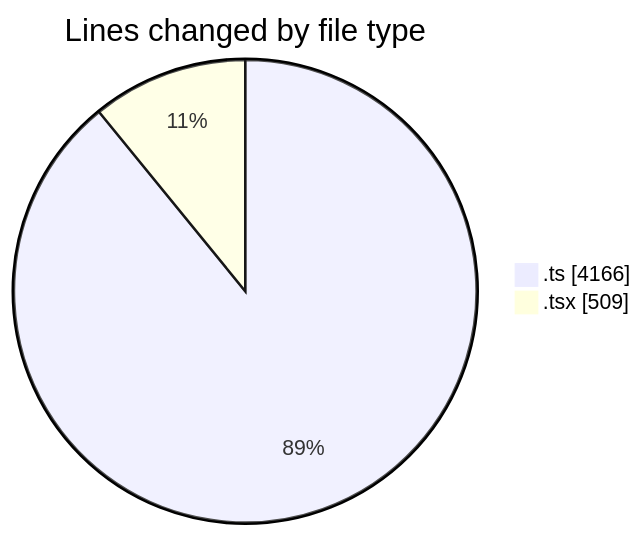
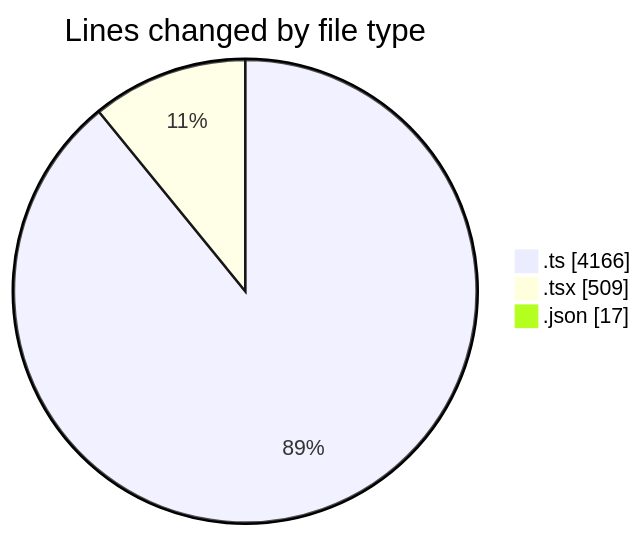
The first of 2 diagrams in 2025-11-28/cda/README.md (momahboobian/code-tracking), drawn with Mermaid before and after one commit. The commit also changed other lines of this file and 1 other file, not shown here.

````diff
--- a/2025-11-28/cda/README.md
+++ b/2025-11-28/cda/README.md
@@ -24,6 +25,7 @@
 ```mermaid
 pie showData
 title Lines changed by file type
 ".ts" : 4166
 ".tsx" : 509
+".json" : 17
 ```
````
